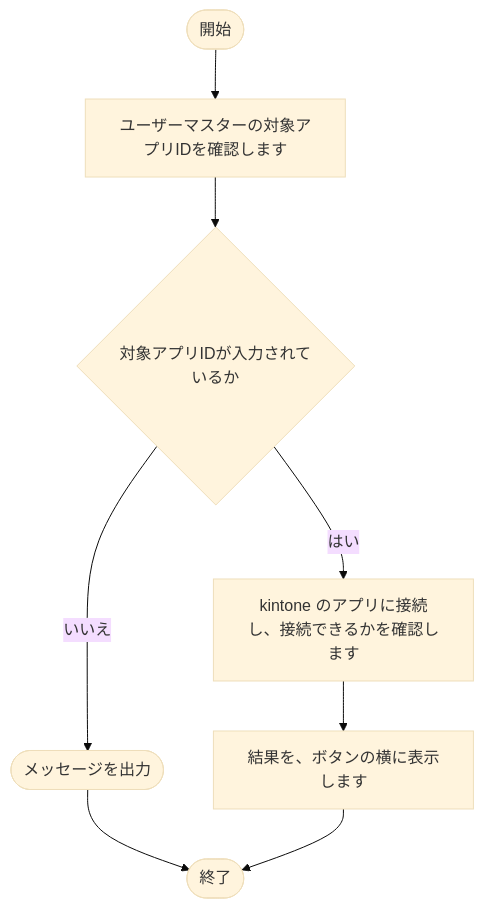
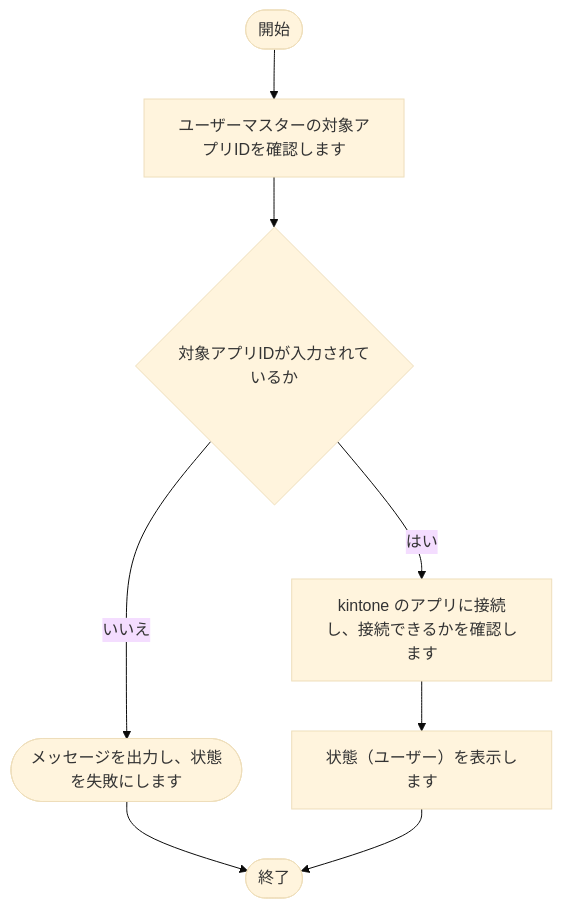
One commit to nishida2073/project_management changed diagram 17 of 25 in tool/kintone-aggregator/doc/02_設計/処理フロー.md. Above: the diagram before and after it, drawn with Mermaid (base theme). The commit also changed other lines of this file and 11 other files, not shown here.

````diff
--- a/tool/kintone-aggregator/doc/02_設計/処理フロー.md
+++ b/tool/kintone-aggregator/doc/02_設計/処理フロー.md
@@ -435,17 +435,17 @@
 ```mermaid
 flowchart TD
     S(["開始"])
     E(["終了"])
     N1["ユーザーマスターの対象アプリIDを確認します"]
     S --> N1
     N2{"対象アプリIDが入力されているか"}
-    X2(["メッセージを出力"])
+    X2(["メッセージを出力し、状態を失敗にします"])
     X2 --> E
     N2 -- いいえ --> X2
     N1 --> N2
     N3["kintone のアプリに接続し、接続できるかを確認します"]
     N2 -- はい --> N3
-    N4["結果を、ボタンの横に表示します"]
+    N4["状態（ユーザー）を表示します"]
     N3 --> N4
     N4 --> E
 ```
````
